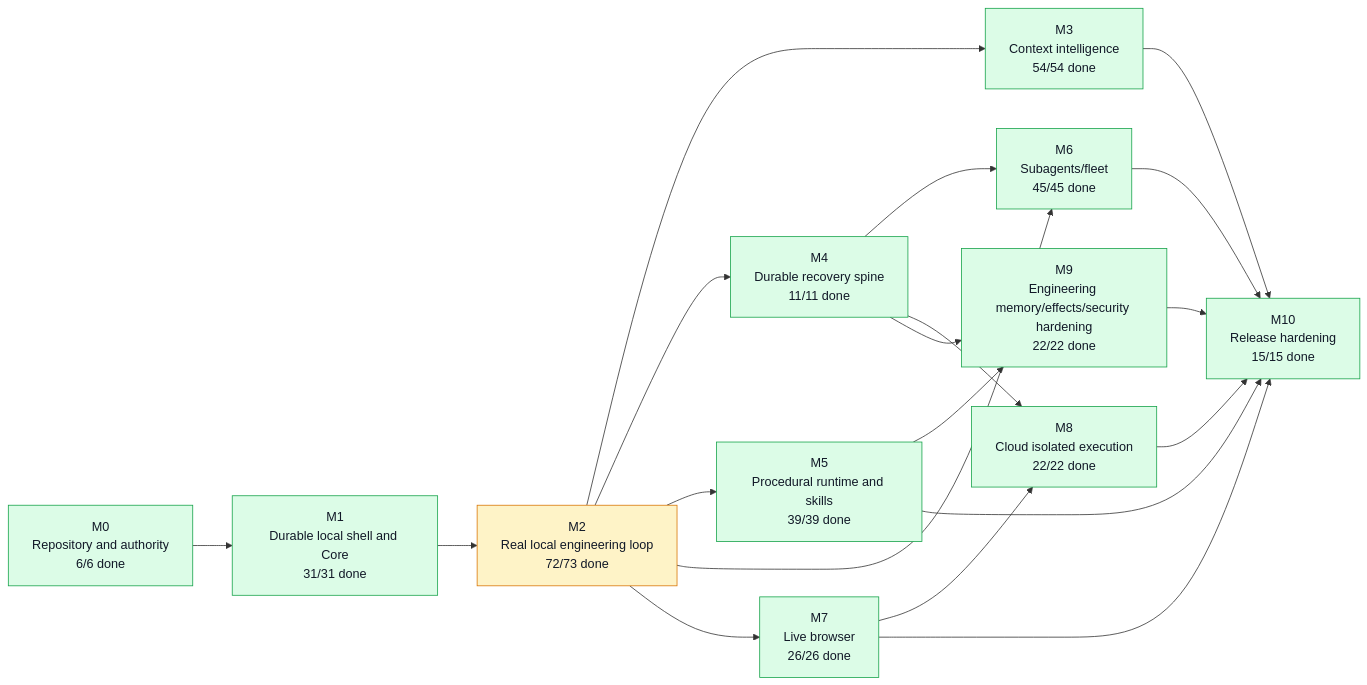
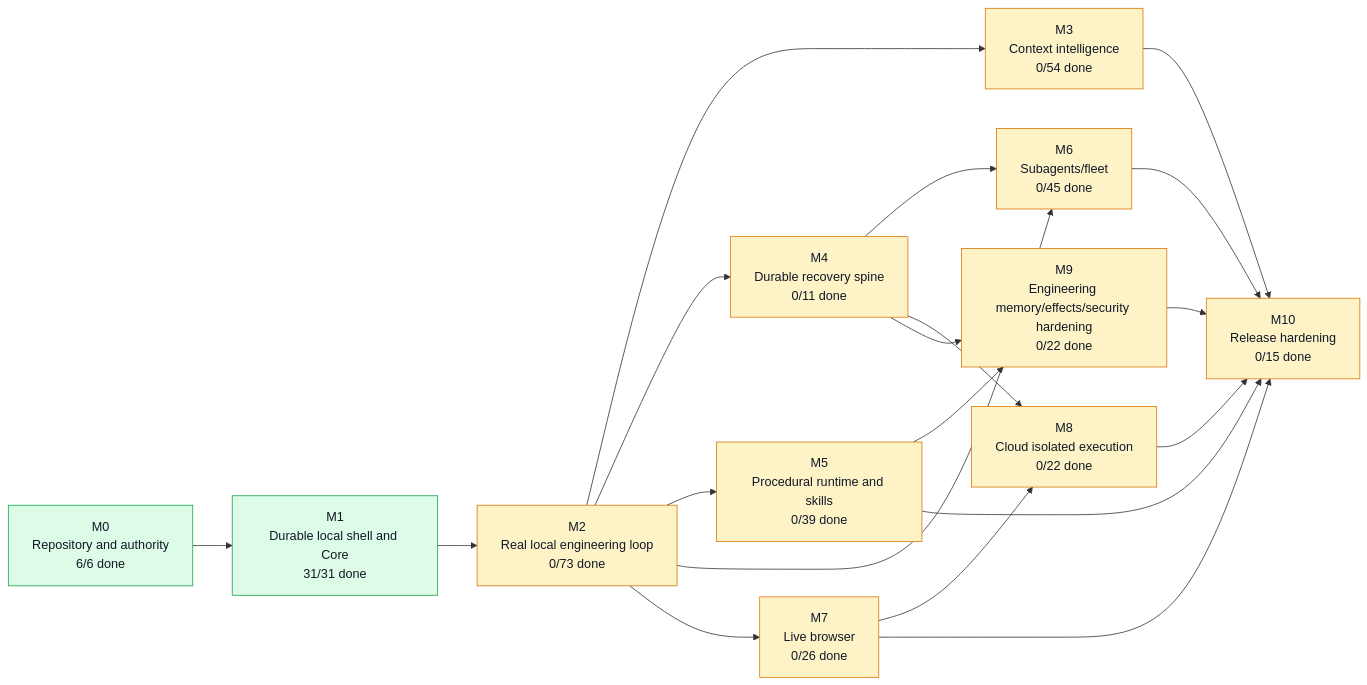
Before and after one commit to moss101/zmodbit: the first of 3 diagrams in graph/PROJECT_GRAPH.md, drawn with Mermaid. The commit also changed other lines of this file and 6 other files, not shown here.

First line of the commit message:
governance: Future-tasks 2026-09-06 phased work order (Phases 2-9) + graph status reset

````diff
--- a/graph/PROJECT_GRAPH.md
+++ b/graph/PROJECT_GRAPH.md
@@ -43,43 +43,43 @@
 ```mermaid
 flowchart LR
   M0["M0<br/>Repository and authority<br/>6/6 done"]
   M1["M1<br/>Durable local shell and Core<br/>31/31 done"]
-  M2["M2<br/>Real local engineering loop<br/>72/73 done"]
-  M3["M3<br/>Context intelligence<br/>54/54 done"]
-  M4["M4<br/>Durable recovery spine<br/>11/11 done"]
-  M5["M5<br/>Procedural runtime and skills<br/>39/39 done"]
-  M6["M6<br/>Subagents/fleet<br/>45/45 done"]
-  M7["M7<br/>Live browser<br/>26/26 done"]
-  M8["M8<br/>Cloud isolated execution<br/>22/22 done"]
-  M9["M9<br/>Engineering memory/effects/security hardening<br/>22/22 done"]
-  M10["M10<br/>Release hardening<br/>15/15 done"]
+  M2["M2<br/>Real local engineering loop<br/>0/73 done"]
+  M3["M3<br/>Context intelligence<br/>0/54 done"]
+  M4["M4<br/>Durable recovery spine<br/>0/11 done"]
+  M5["M5<br/>Procedural runtime and skills<br/>0/39 done"]
+  M6["M6<br/>Subagents/fleet<br/>0/45 done"]
+  M7["M7<br/>Live browser<br/>0/26 done"]
+  M8["M8<br/>Cloud isolated execution<br/>0/22 done"]
+  M9["M9<br/>Engineering memory/effects/security hardening<br/>0/22 done"]
+  M10["M10<br/>Release hardening<br/>0/15 done"]
   M0 --> M1
   M1 --> M2
   M2 --> M3
   M2 --> M4
   M2 --> M5
   M2 --> M6
   M4 --> M6
   M2 --> M7
   M4 --> M8
   M7 --> M8
   M4 --> M9
   M5 --> M9
   M3 --> M10
   M5 --> M10
   M6 --> M10
   M7 --> M10
   M8 --> M10
   M9 --> M10
   style M0 fill:#dcfce7,stroke:#16a34a,color:#111827
   style M1 fill:#dcfce7,stroke:#16a34a,color:#111827
   style M2 fill:#fef3c7,stroke:#d97706,color:#111827
-  style M3 fill:#dcfce7,stroke:#16a34a,color:#111827
-  style M4 fill:#dcfce7,stroke:#16a34a,color:#111827
-  style M5 fill:#dcfce7,stroke:#16a34a,color:#111827
-  style M6 fill:#dcfce7,stroke:#16a34a,color:#111827
-  style M7 fill:#dcfce7,stroke:#16a34a,color:#111827
-  style M8 fill:#dcfce7,stroke:#16a34a,color:#111827
-  style M9 fill:#dcfce7,stroke:#16a34a,color:#111827
-  style M10 fill:#dcfce7,stroke:#16a34a,color:#111827
+  style M3 fill:#fef3c7,stroke:#d97706,color:#111827
+  style M4 fill:#fef3c7,stroke:#d97706,color:#111827
+  style M5 fill:#fef3c7,stroke:#d97706,color:#111827
+  style M6 fill:#fef3c7,stroke:#d97706,color:#111827
+  style M7 fill:#fef3c7,stroke:#d97706,color:#111827
+  style M8 fill:#fef3c7,stroke:#d97706,color:#111827
+  style M9 fill:#fef3c7,stroke:#d97706,color:#111827
+  style M10 fill:#fef3c7,stroke:#d97706,color:#111827
 ```
````
